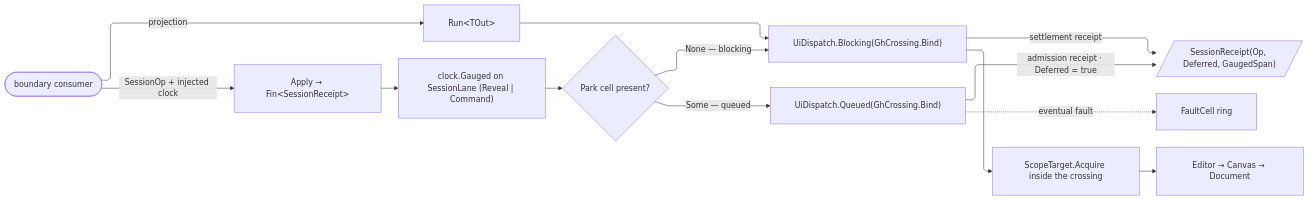
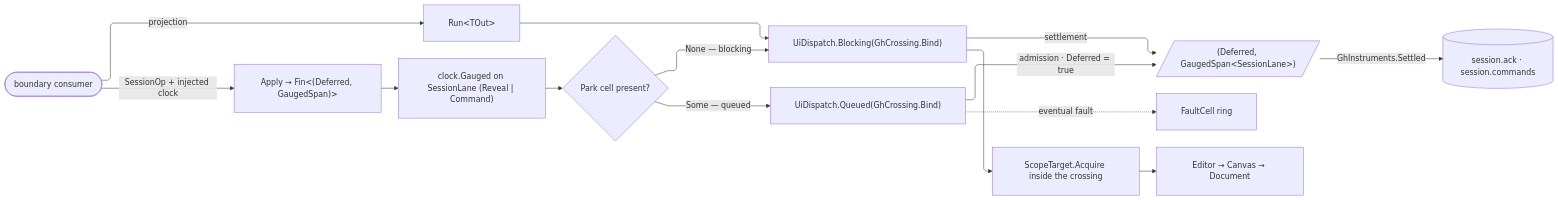
Before and after one commit to bsamiee/Rasm: the diagram in libs/dotnet/Rasm.Grasshopper/.planning/Shell/session.md, drawn with Mermaid. The commit also changed other lines of this file and 1417 other files, not shown here.

````diff
--- a/libs/dotnet/Rasm.Grasshopper/.planning/Shell/session.md
+++ b/libs/dotnet/Rasm.Grasshopper/.planning/Shell/session.md
@@ -211,24 +205,25 @@
 ```mermaid
 ---
 config:
   layout: elk
   flowchart:
     curve: linear
     padding: 25
 ---
 flowchart LR
     accTitle: Distinguish session settlement from queue admission
     accDescr: Session commands split blocking settlement from queued admission on the park cell's presence; both ride kernel crossings with scope acquisition bound inside the body, both gauge on the session lane roster, and queued settlement faults park on the supplied fault cell.
-    Consumer(["boundary consumer"]) -->|"SessionOp + injected clock"| Apply["Apply → Fin&lt;SessionReceipt&gt;"]
+    Consumer(["boundary consumer"]) -->|"SessionOp + injected clock"| Apply["Apply → Fin&lt;(Deferred, GaugedSpan)&gt;"]
     Consumer -->|projection| RunGate["Run&lt;TOut&gt;"]
     Apply --> Gauge["clock.Gauged on SessionLane (Reveal | Command)"]
     Gauge --> Posture{"Park cell present?"}
     Posture -->|"None — blocking"| Sync["UiDispatch.Blocking(GhCrossing.Bind)"]
     Posture -->|"Some — queued"| Queue["UiDispatch.Queued(GhCrossing.Bind)"]
-    Queue -->|"admission receipt · Deferred = true"| Receipt[/"SessionReceipt(Op, Deferred, GaugedSpan)"/]
+    Queue -->|"admission · Deferred = true"| Span[/"(Deferred, GaugedSpan&lt;SessionLane&gt;)"/]
     Queue -.->|"eventual fault"| Cell["FaultCell ring"]
     Sync --> Scope["ScopeTarget.Acquire inside the crossing"]
     RunGate --> Sync
     Scope --> Host["Editor → Canvas → Document"]
-    Sync -->|"settlement receipt"| Receipt
+    Sync -->|"settlement"| Span
+    Span -->|"GhInstruments.Settled"| Meter[("session.ack · session.commands")]
 ```
````
